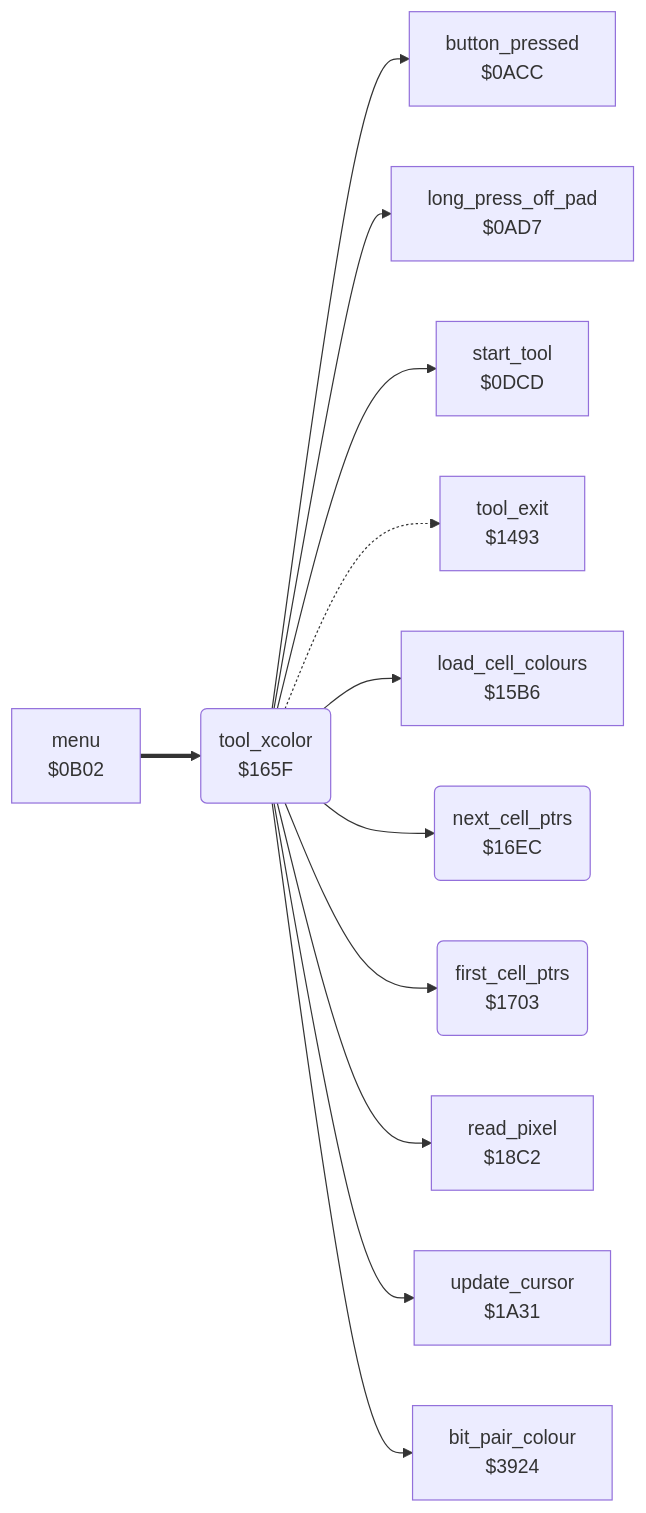
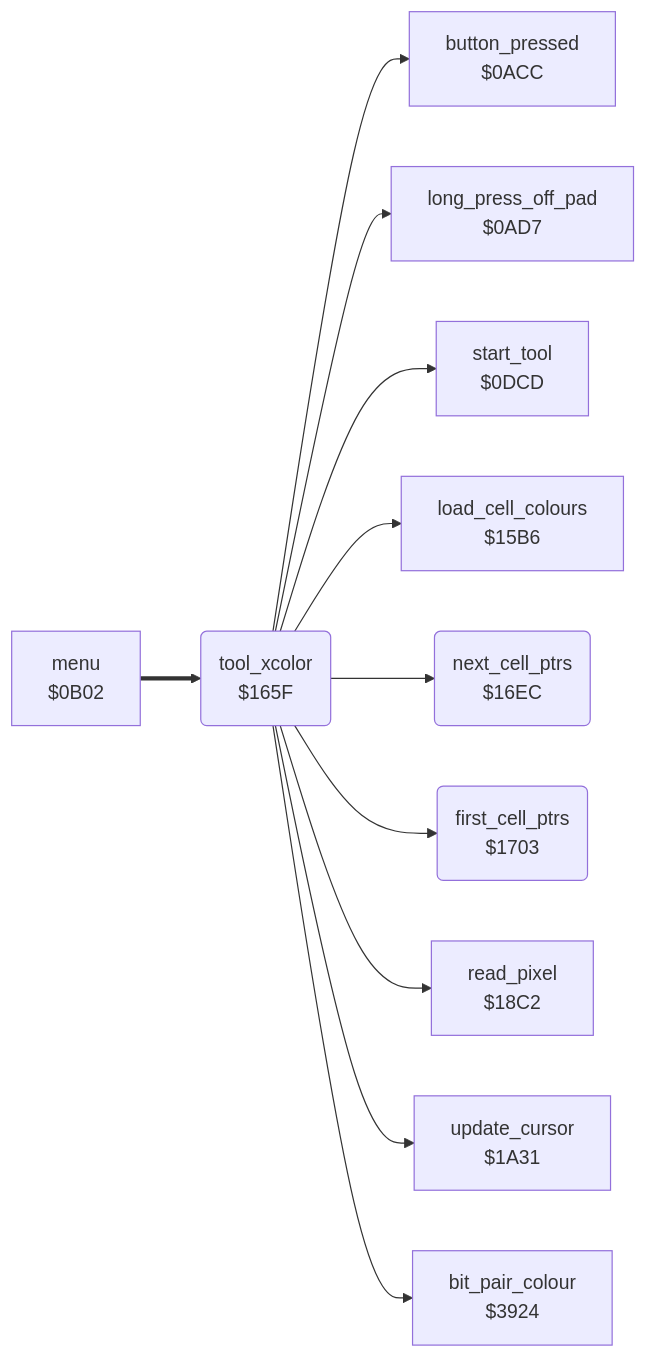
One commit to henols/c64_games changed the diagram in koala_painter/v1/docs/reference/modules/tools/xcolor_tool.md. Above: the diagram before and after it, drawn with Mermaid. The commit also changed other lines of this file and 1100 other files, not shown here.

````diff
--- a/koala_painter/v1/docs/reference/modules/tools/xcolor_tool.md
+++ b/koala_painter/v1/docs/reference/modules/tools/xcolor_tool.md
@@ -10,26 +18,24 @@
 ```mermaid
 flowchart LR
   n0acc["button_pressed<br/>$0ACC"]
   n0ad7["long_press_off_pad<br/>$0AD7"]
   n0b02["menu<br/>$0B02"]
   n0dcd["start_tool<br/>$0DCD"]
-  n1493["tool_exit<br/>$1493"]
   n15b6["load_cell_colours<br/>$15B6"]
   n165f("tool_xcolor<br/>$165F")
   n16ec("next_cell_ptrs<br/>$16EC")
   n1703("first_cell_ptrs<br/>$1703")
   n18c2["read_pixel<br/>$18C2"]
   n1a31["update_cursor<br/>$1A31"]
   n3924["bit_pair_colour<br/>$3924"]
   n0b02 ==> n165f
   n165f --> n0acc
   n165f --> n0ad7
   n165f --> n0dcd
-  n165f -.-> n1493
   n165f --> n15b6
   n165f --> n16ec
   n165f --> n1703
   n165f --> n18c2
   n165f --> n1a31
   n165f --> n3924
 ```
````
